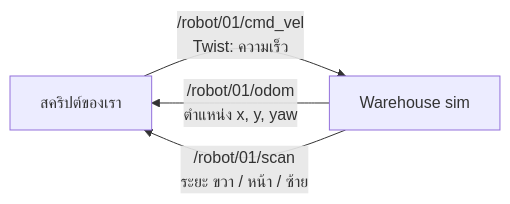
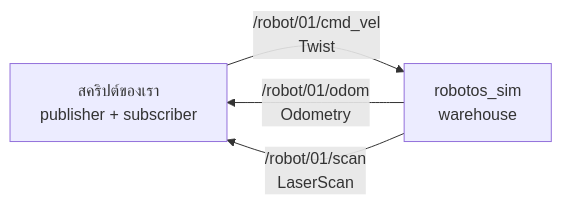
Before and after one commit to Taopoon/kmutt-nd69-learning-notes: the second of 6 diagrams in nd3/04-onsite-robotos-workshop.md, drawn with Mermaid. The commit also changed other lines of this file, not shown here.

````diff
--- a/nd3/04-onsite-robotos-workshop.md
+++ b/nd3/04-onsite-robotos-workshop.md
@@ -22,6 +93,6 @@
 ```mermaid
 flowchart LR
-    SCRIPT[สคริปต์ของเรา] -->|/robot/01/cmd_vel<br/>Twist: ความเร็ว| SIM[Warehouse sim]
-    SIM -->|/robot/01/odom<br/>ตำแหน่ง x, y, yaw| SCRIPT
-    SIM -->|/robot/01/scan<br/>ระยะ ขวา / หน้า / ซ้าย| SCRIPT
+    SCRIPT[สคริปต์ของเรา<br/>publisher + subscriber] -->|/robot/01/cmd_vel<br/>Twist| SIM[robotos_sim<br/>warehouse]
+    SIM -->|/robot/01/odom<br/>Odometry| SCRIPT
+    SIM -->|/robot/01/scan<br/>LaserScan| SCRIPT
 ```
````
